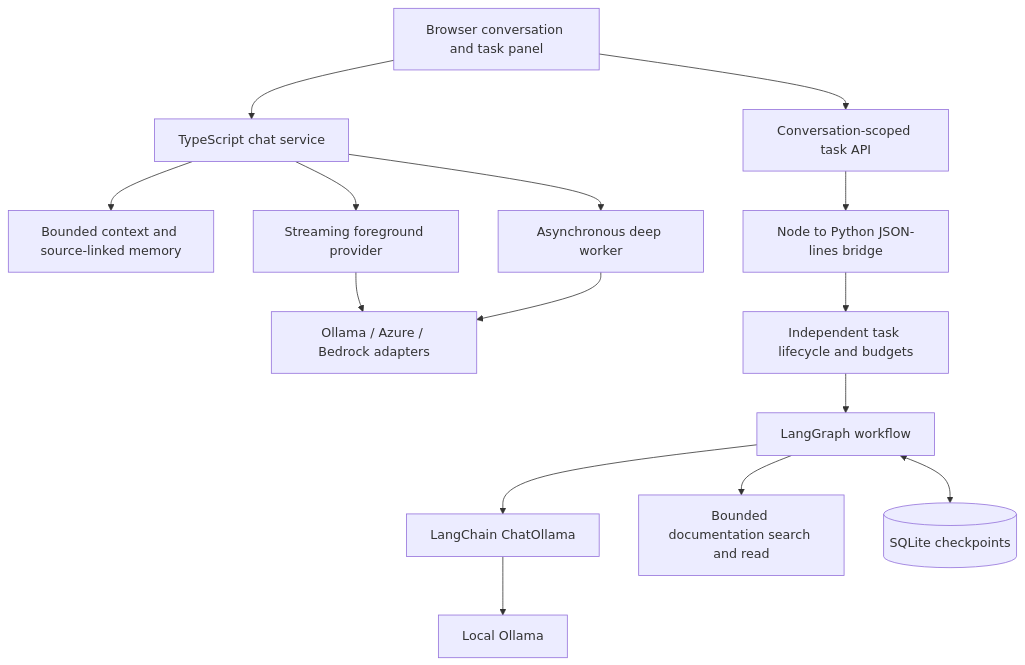
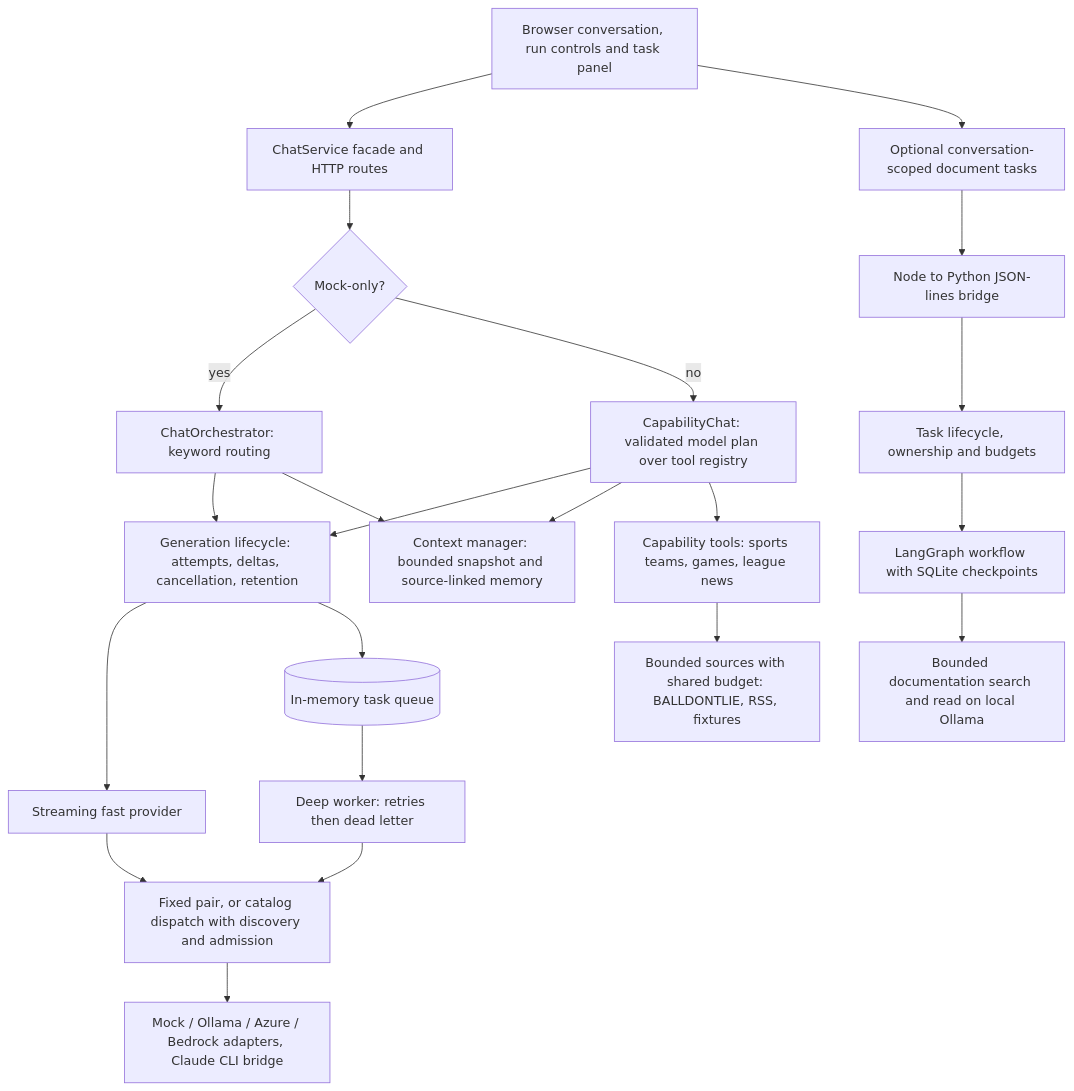
One commit to JMRussas/ChatAgent changed the diagram in README.md. Above: the diagram before and after it, drawn with Mermaid. The commit also changed other lines of this file and 45 other files, not shown here.

Commit message:
Harden evidence delivery and runtime lifecycle retention

````diff
--- a/README.md
+++ b/README.md
@@ -58,17 +58,24 @@
 ```mermaid
 flowchart TD
-    UI[Browser conversation and task panel] --> Chat[TypeScript chat service]
-    Chat --> Context[Bounded context and source-linked memory]
-    Chat --> Fast[Streaming foreground provider]
-    Chat --> Deep[Asynchronous deep worker]
-    UI --> Tasks[Conversation-scoped task API]
-    Tasks --> Bridge[Node to Python JSON-lines bridge]
-    Bridge --> Manager[Independent task lifecycle and budgets]
-    Manager --> Graph[LangGraph workflow]
-    Graph --> Model[LangChain ChatOllama]
-    Graph --> Tools[Bounded documentation search and read]
-    Graph <--> Checkpoints[(SQLite checkpoints)]
-    Fast --> Providers[Ollama / Azure / Bedrock adapters]
-    Deep --> Providers
-    Model --> Ollama[Local Ollama]
+    UI[Browser conversation, run controls and task panel] --> Service[ChatService facade and HTTP routes]
+    Service --> Orch{Mock-only?}
+    Orch -- yes --> CO[ChatOrchestrator: keyword routing]
+    Orch -- no --> CC[CapabilityChat: validated model plan over tool registry]
+    CO --> Lifecycle[Generation lifecycle: attempts, deltas, cancellation, retention]
+    CC --> Lifecycle
+    CO --> Context[Context manager: bounded snapshot and source-linked memory]
+    CC --> Context
+    CC --> Tools[Capability tools: sports teams, games, league news]
+    Tools --> Sources[Bounded sources with shared budget: BALLDONTLIE, RSS, fixtures]
+    Lifecycle --> Fast[Streaming fast provider]
+    Lifecycle --> Queue[(In-memory task queue)]
+    Queue --> Deep[Deep worker: retries then dead letter]
+    Fast --> Dispatch[Fixed pair, or catalog dispatch with discovery and admission]
+    Deep --> Dispatch
+    Dispatch --> Providers[Mock / Ollama / Azure / Bedrock adapters, Claude CLI bridge]
+    UI --> DocTasks[Optional conversation-scoped document tasks]
+    DocTasks --> Bridge[Node to Python JSON-lines bridge]
+    Bridge --> Manager[Task lifecycle, ownership and budgets]
+    Manager --> Graph[LangGraph workflow with SQLite checkpoints]
+    Graph --> Retrieval[Bounded documentation search and read on local Ollama]
 ```
````
